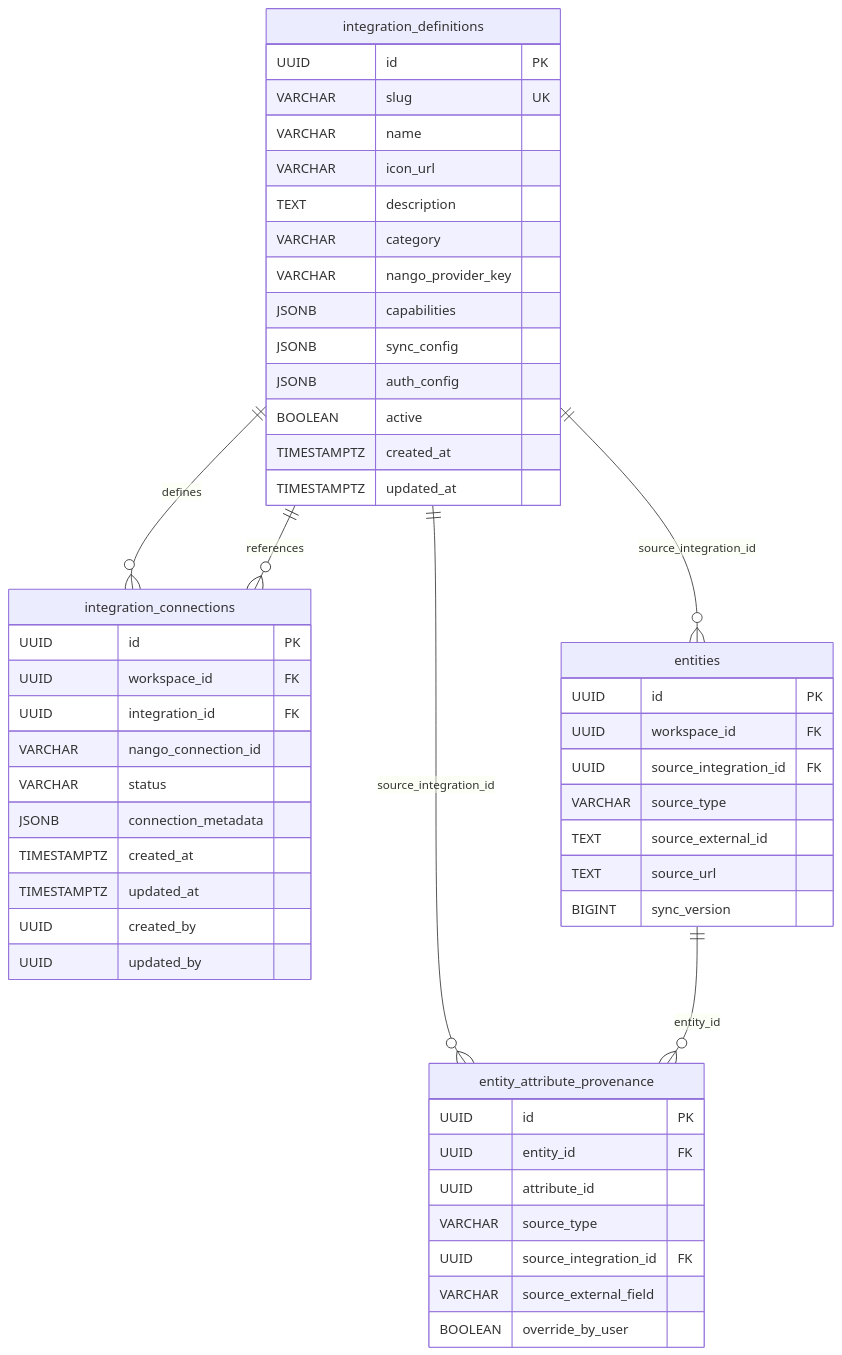
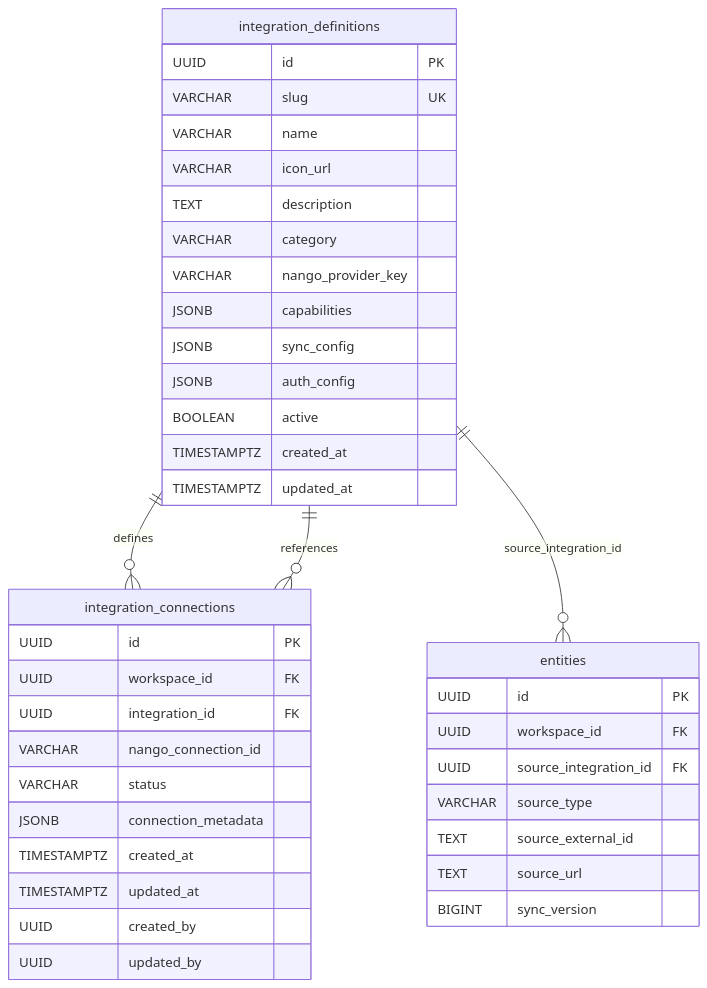
One commit to rmr-studio/cranium changed the first of 3 diagrams in docs/system-design/feature-design/3. Active/Integration Access Layer.md. Above: the diagram before and after it, drawn with Mermaid. The commit also changed other lines of this file and 19 other files, not shown here.

````diff
--- a/docs/system-design/feature-design/3. Active/Integration Access Layer.md
+++ b/docs/system-design/feature-design/3. Active/Integration Access Layer.md
@@ -64,57 +64,45 @@
 ```mermaid
 erDiagram
     integration_definitions {
         UUID id PK
         VARCHAR slug UK
         VARCHAR name
         VARCHAR icon_url
         TEXT description
         VARCHAR category
         VARCHAR nango_provider_key
         JSONB capabilities
         JSONB sync_config
         JSONB auth_config
         BOOLEAN active
         TIMESTAMPTZ created_at
         TIMESTAMPTZ updated_at
     }
 
     integration_connections {
         UUID id PK
         UUID workspace_id FK
         UUID integration_id FK
         VARCHAR nango_connection_id
         VARCHAR status
         JSONB connection_metadata
         TIMESTAMPTZ created_at
         TIMESTAMPTZ updated_at
         UUID created_by
         UUID updated_by
     }
 
     entities {
         UUID id PK
         UUID workspace_id FK
         UUID source_integration_id FK
         VARCHAR source_type
         TEXT source_external_id
         TEXT source_url
         BIGINT sync_version
     }
 
-    entity_attribute_provenance {
-        UUID id PK
-        UUID entity_id FK
-        UUID attribute_id
-        VARCHAR source_type
-        UUID source_integration_id FK
-        VARCHAR source_external_field
-        BOOLEAN override_by_user
-    }
-
     integration_definitions ||--o{ integration_connections : "defines"
     integration_definitions ||--o{ entities : "source_integration_id"
-    integration_definitions ||--o{ entity_attribute_provenance : "source_integration_id"
     integration_connections }o--|| integration_definitions : "references"
-    entities ||--o{ entity_attribute_provenance : "entity_id"
 ```
````
